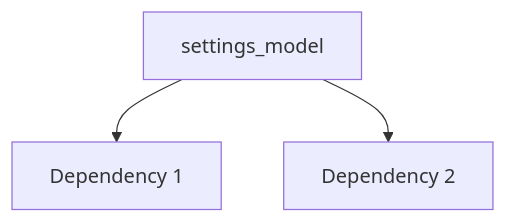
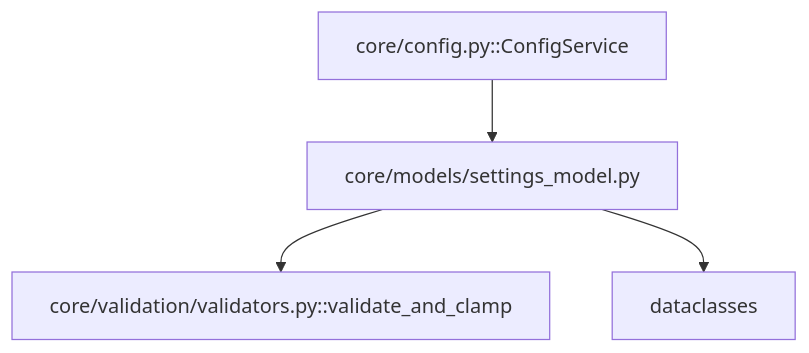
One commit to geociencio/sec_interp changed the diagram in docs/code_walkthrough_en_v2/settings_model.md. Above: the diagram before and after it, drawn with Mermaid. The commit also changed other lines of this file and 99 other files, not shown here.

````diff
--- a/docs/code_walkthrough_en_v2/settings_model.md
+++ b/docs/code_walkthrough_en_v2/settings_model.md
@@ -40,6 +52,11 @@
 ```mermaid
 graph TD
-    A["settings_model"]
-    A --> B["Dependency 1"]
-    A --> C["Dependency 2"]
+    SM["core/models/settings_model.py"]
+    VAL["core/validation/validators.py::validate_and_clamp"]
+    CFG["core/config.py::ConfigService"]
+    DC["dataclasses"]
+
+    SM --> VAL
+    SM --> DC
+    CFG --> SM
 ```
````
